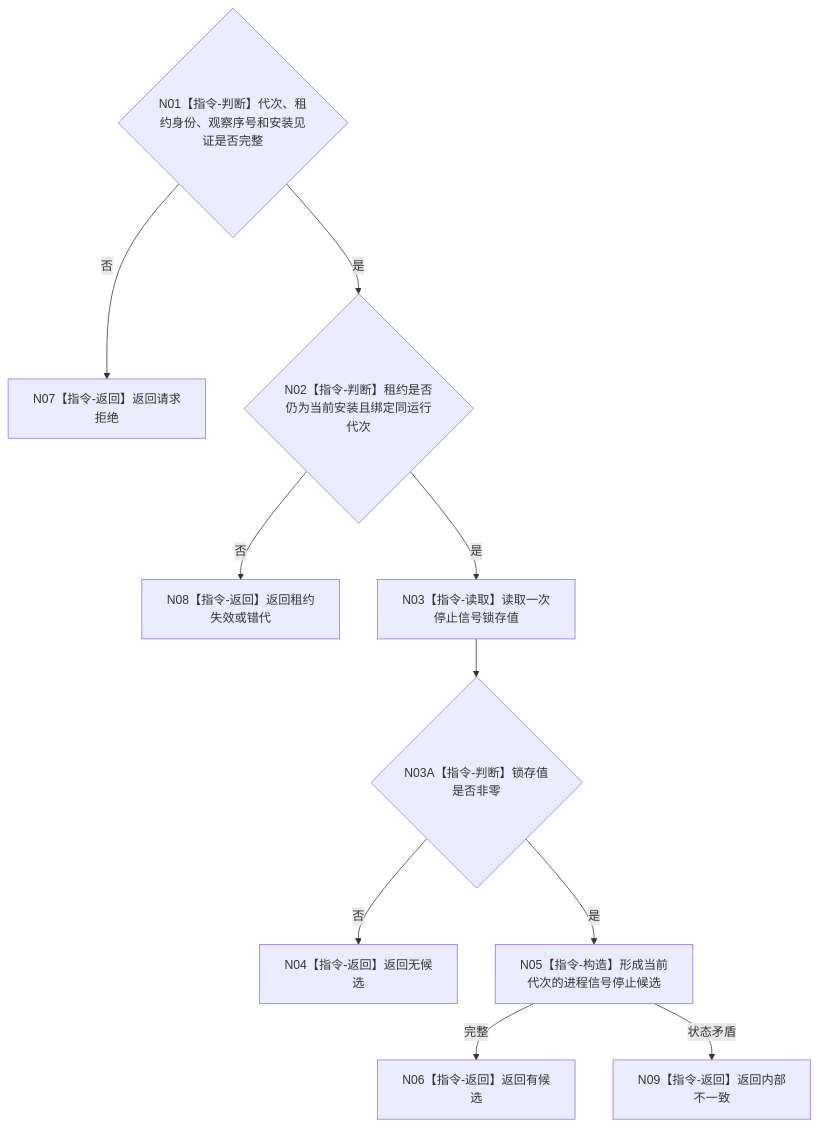
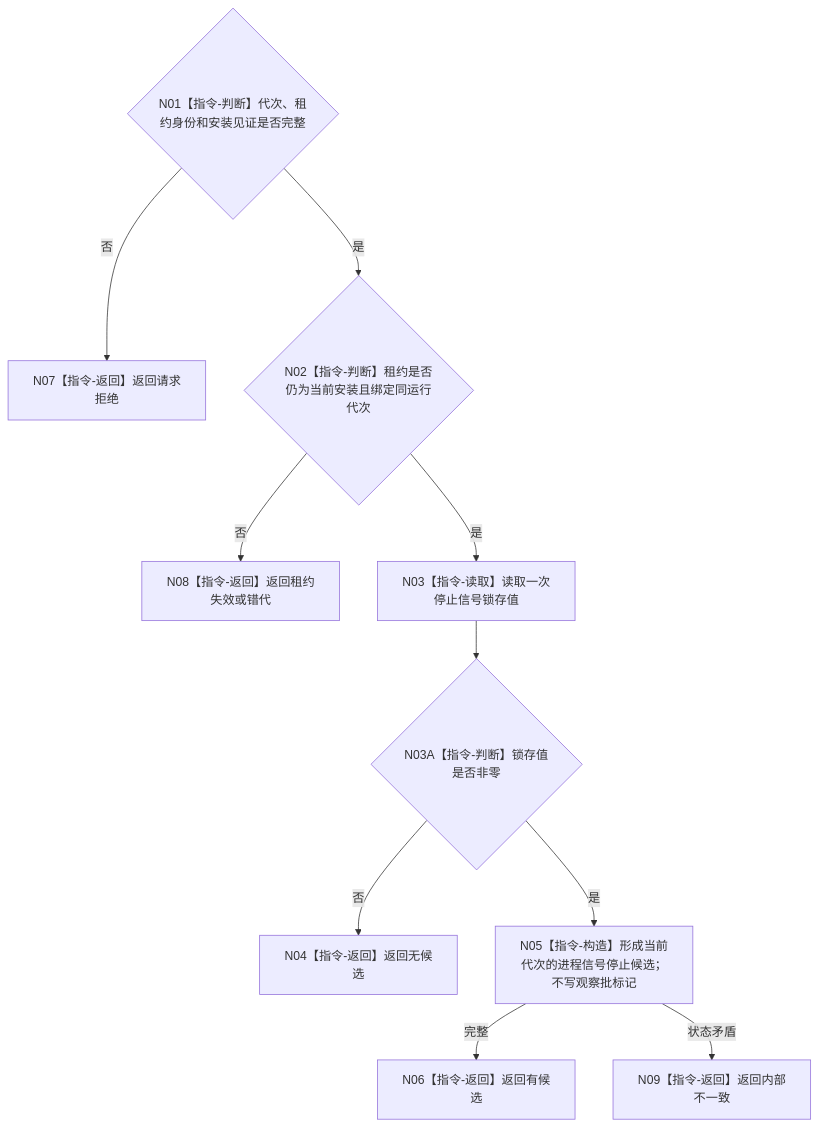
One commit to chunhaizh-cyber/HY-Ego changed the diagram in 流程图/目标业务流程图/L4/BIZ-L4-001-10-01-01_读取进程停止信号候选_目标函数流程图_v0.1.md. Above: the diagram before and after it, drawn with Mermaid. The commit also changed other lines of this file and 14 other files, not shown here.

````diff
--- a/流程图/目标业务流程图/L4/BIZ-L4-001-10-01-01_读取进程停止信号候选_目标函数流程图_v0.1.md
+++ b/流程图/目标业务流程图/L4/BIZ-L4-001-10-01-01_读取进程停止信号候选_目标函数流程图_v0.1.md
@@ -30,12 +30,12 @@
 ```mermaid
 flowchart TD
- N01{"N01【指令-判断】代次、租约身份、观察序号和安装见证是否完整"} -->|否| N07["N07【指令-返回】返回请求拒绝"]
+ N01{"N01【指令-判断】代次、租约身份和安装见证是否完整"} -->|否| N07["N07【指令-返回】返回请求拒绝"]
  N01 -->|是| N02{"N02【指令-判断】租约是否仍为当前安装且绑定同运行代次"}
  N02 -->|否| N08["N08【指令-返回】返回租约失效或错代"]
  N02 -->|是| N03["N03【指令-读取】读取一次停止信号锁存值"]
  N03 --> N03A{"N03A【指令-判断】锁存值是否非零"}
  N03A -->|否| N04["N04【指令-返回】返回无候选"]
- N03A -->|是| N05["N05【指令-构造】形成当前代次的进程信号停止候选"]
+ N03A -->|是| N05["N05【指令-构造】形成当前代次的进程信号停止候选；不写观察批标记"]
  N05 -->|完整| N06["N06【指令-返回】返回有候选"]
  N05 -->|状态矛盾| N09["N09【指令-返回】返回内部不一致"]
 ```
````
